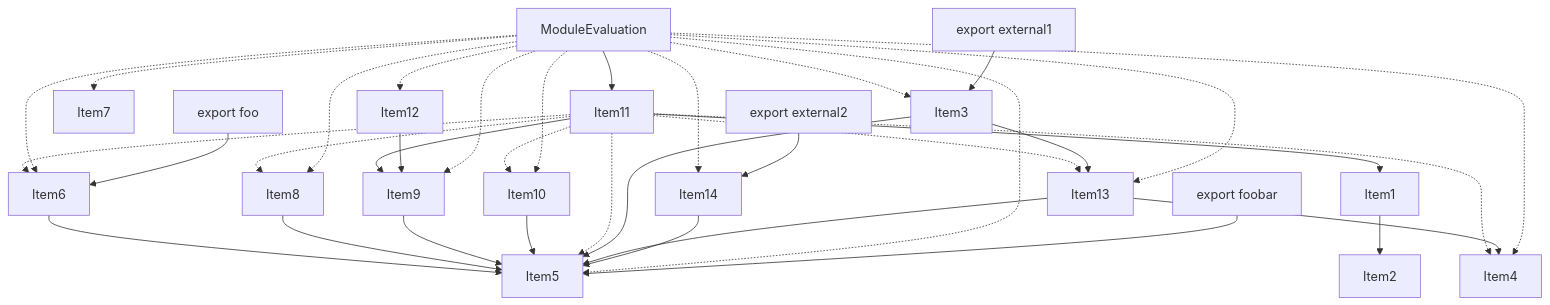
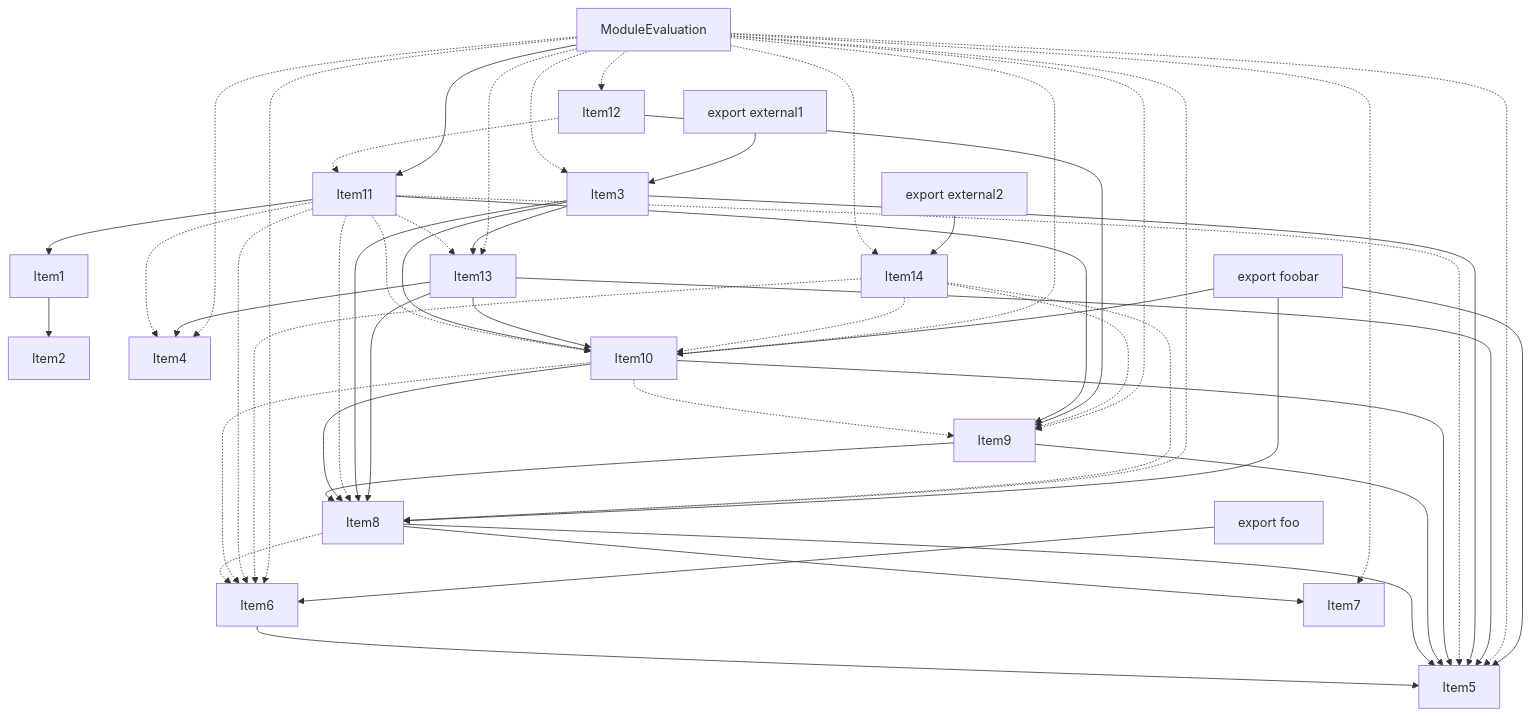
One commit to vercel/turborepo changed the fourth of 4 diagrams in crates/turbopack-ecmascript/tests/tree-shaker/analyzer/2/output.md. Above: the diagram before and after it, drawn with Mermaid. The commit also changed other lines of this file and 2 other files, not shown here.

````diff
--- a/crates/turbopack-ecmascript/tests/tree-shaker/analyzer/2/output.md
+++ b/crates/turbopack-ecmascript/tests/tree-shaker/analyzer/2/output.md
@@ -265,62 +289,78 @@
 ```mermaid
 graph TD
     Item3;
     Item2;
     Item4;
     Item5;
     Item6;
     Item7;
     Item8;
     Item9;
     Item10;
     Item11;
     Item12;
     Item13;
     Item14;
     Item1;
     Item15;
     Item15["ModuleEvaluation"];
     Item16;
     Item16["export external1"];
     Item17;
     Item17["export foobar"];
     Item18;
     Item18["export foo"];
     Item19;
     Item19["export external2"];
     Item1 --> Item2;
     Item6 --> Item5;
+    Item8 --> Item7;
     Item8 --> Item5;
+    Item8 -.-> Item6;
     Item9 --> Item5;
+    Item9 --> Item8;
     Item10 --> Item5;
+    Item10 --> Item8;
+    Item10 -.-> Item6;
+    Item10 -.-> Item9;
     Item11 --> Item9;
     Item11 --> Item1;
     Item11 -.-> Item13;
     Item11 -.-> Item5;
-    Item11 -.-> Item6;
     Item11 -.-> Item8;
     Item11 -.-> Item10;
+    Item11 -.-> Item6;
     Item11 -.-> Item4;
     Item12 --> Item9;
+    Item12 -.-> Item11;
     Item3 --> Item13;
     Item3 --> Item5;
+    Item3 --> Item8;
+    Item3 --> Item10;
     Item13 --> Item4;
     Item13 --> Item5;
-    Item14 --> Item5;
+    Item13 --> Item8;
+    Item13 --> Item10;
+    Item14 -.-> Item6;
+    Item14 -.-> Item8;
+    Item14 -.-> Item9;
+    Item14 -.-> Item10;
     Item15 --> Item11;
     Item15 -.-> Item3;
     Item15 -.-> Item4;
     Item15 -.-> Item5;
+    Item15 -.-> Item8;
+    Item15 -.-> Item10;
     Item15 -.-> Item6;
-    Item15 -.-> Item8;
     Item15 -.-> Item9;
-    Item15 -.-> Item10;
     Item15 -.-> Item7;
     Item15 -.-> Item12;
     Item15 -.-> Item13;
     Item15 -.-> Item14;
     Item16 --> Item3;
     Item17 --> Item5;
+    Item17 --> Item8;
+    Item17 --> Item10;
     Item18 --> Item6;
     Item19 --> Item14;
 ```
````
